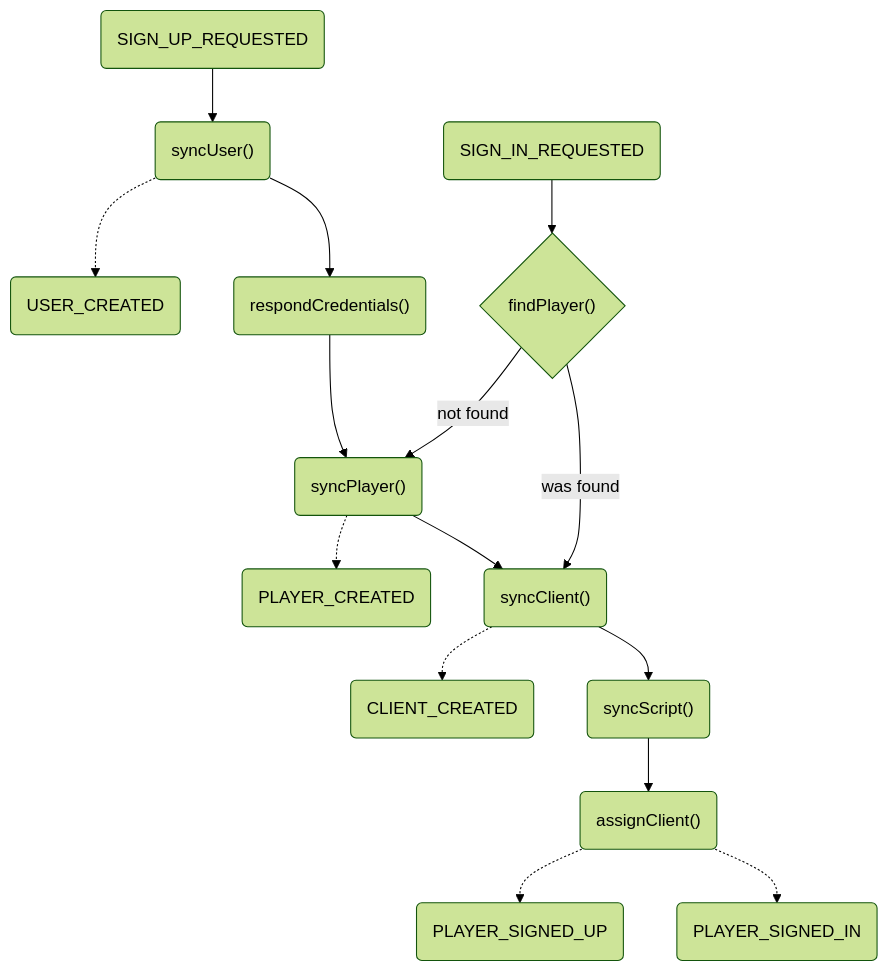
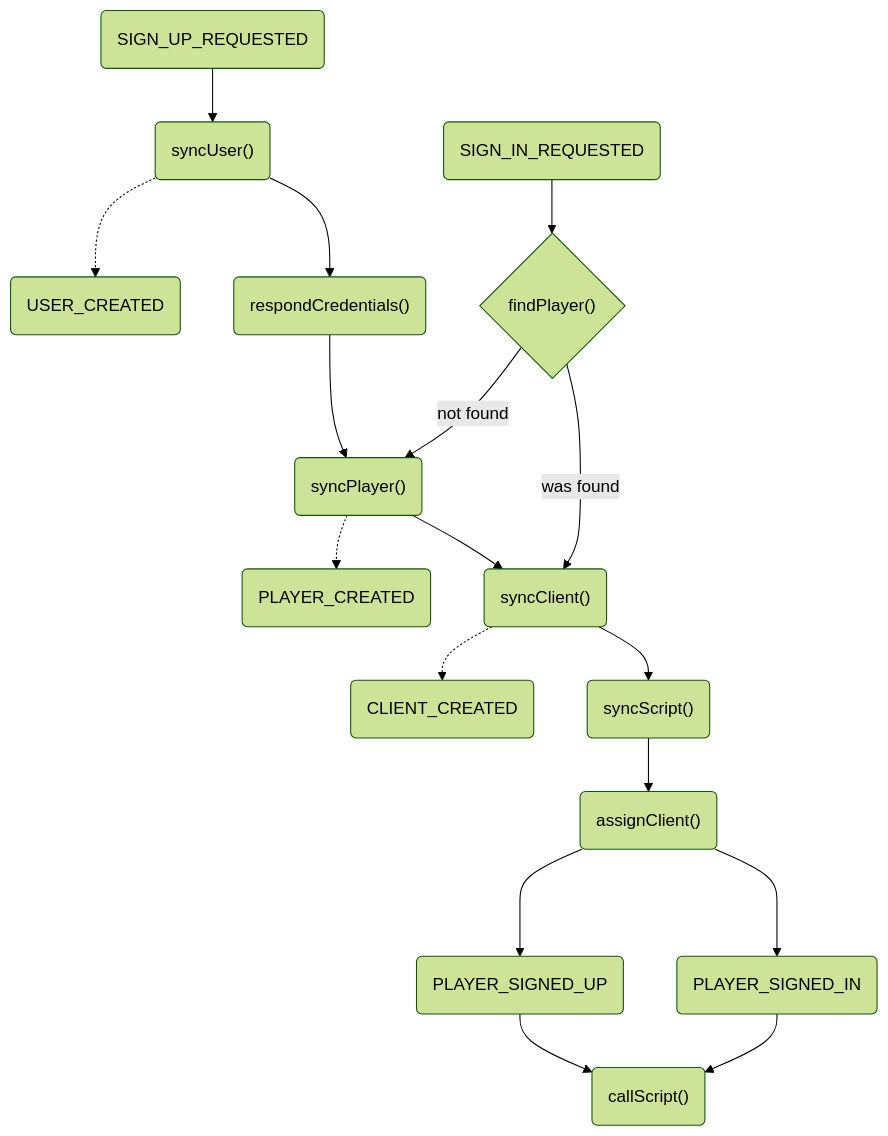
One commit to OMGSERVERS/omgservers changed the diagram in omgservers-documentation/SignInSignUp.md. Above: the diagram before and after it, drawn with Mermaid (forest theme). The commit also changed 2 other files, not shown here.

Commit message:
Clean up docs

````diff
--- a/omgservers-documentation/SignInSignUp.md
+++ b/omgservers-documentation/SignInSignUp.md
@@ -3,19 +3,21 @@
 ```mermaid
 graph TD;
 
 SignUpRequested(SIGN_UP_REQUESTED) --> syncUser("syncUser()")
 syncUser("syncUser()") -.-> UserCreated(USER_CREATED)
 syncUser("syncUser()") --> respondCredentials("respondCredentials()")
 respondCredentials("respondCredentials()") --> syncPlayer("syncPlayer()")
 syncPlayer("syncPlayer()") -.-> PlayerCreated(PLAYER_CREATED)
 syncPlayer("syncPlayer()") --> syncClient("syncClient()")
 syncClient("syncClient()") -.-> ClientCreated(CLIENT_CREATED)
 syncClient("syncClient()") --> syncScript("syncScript()")
 syncScript("syncScript()") --> assignClient("assignClient()")
-assignClient("assignClient()") -.-> PlayerSignedUp(PLAYER_SIGNED_UP)
-assignClient("assignClient()") -.-> PlayerSignedIn(PLAYER_SIGNED_IN)
+assignClient("assignClient()") ---> PlayerSignedUp(PLAYER_SIGNED_UP)
+assignClient("assignClient()") ---> PlayerSignedIn(PLAYER_SIGNED_IN)
+PlayerSignedUp(PLAYER_SIGNED_UP) --> callScript("callScript()")
+PlayerSignedIn(PLAYER_SIGNED_IN) --> callScript("callScript()")
 
 SignInRequested(SIGN_IN_REQUESTED) --> findPlayer{"findPlayer()"}
 findPlayer{"findPlayer()"} -- was found --> syncClient("syncClient()")
 findPlayer{"findPlayer()"} -- not found --> syncPlayer("syncPlayer()")
 ```
````
